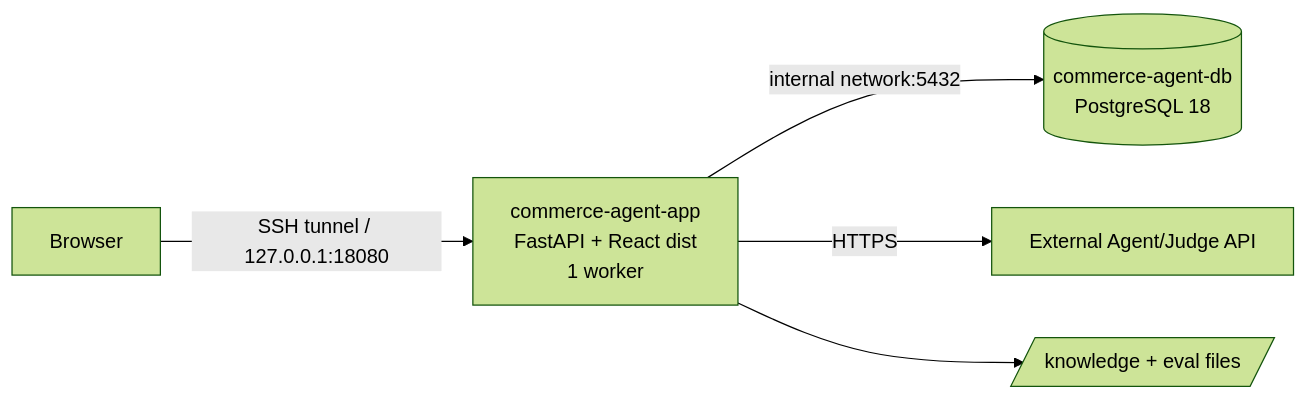
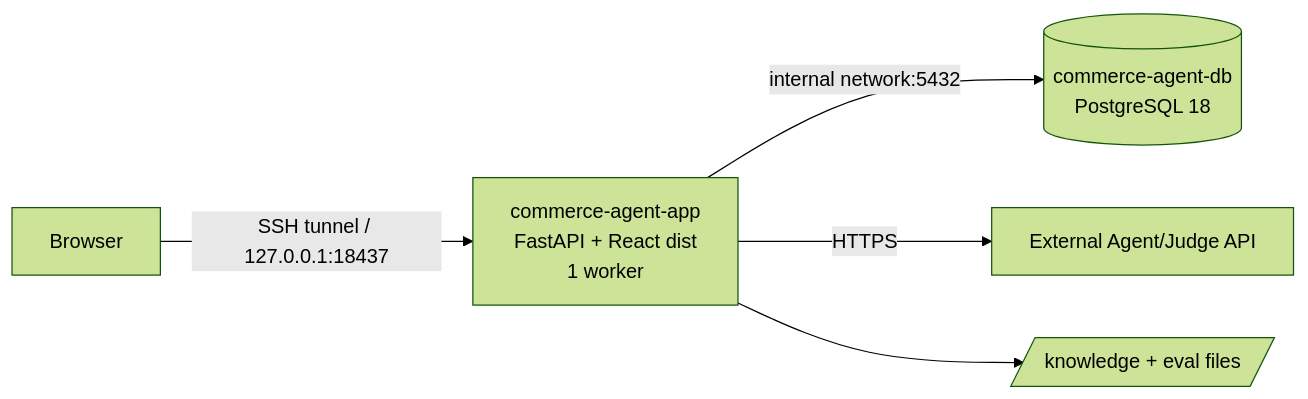
The sixth of 6 diagrams in docs/plan/feasibility-and-implementation-plan.md (MMMDY/CommerceAgent), drawn with Mermaid (forest theme) before and after one commit. The commit also changed other lines of this file and 3 other files, not shown here.

````diff
--- a/docs/plan/feasibility-and-implementation-plan.md
+++ b/docs/plan/feasibility-and-implementation-plan.md
@@ -1496,7 +1496,7 @@
 ```mermaid
 flowchart LR
-    B[Browser] -->|SSH tunnel / 127.0.0.1:18080| APP[commerce-agent-app\nFastAPI + React dist\n1 worker]
+    B[Browser] -->|SSH tunnel / 127.0.0.1:18437| APP[commerce-agent-app\nFastAPI + React dist\n1 worker]
     APP -->|internal network:5432| DB[(commerce-agent-db\nPostgreSQL 18)]
     APP -->|HTTPS| MODEL[External Agent/Judge API]
     APP --> DATA[/knowledge + eval files/]
 ```
````
